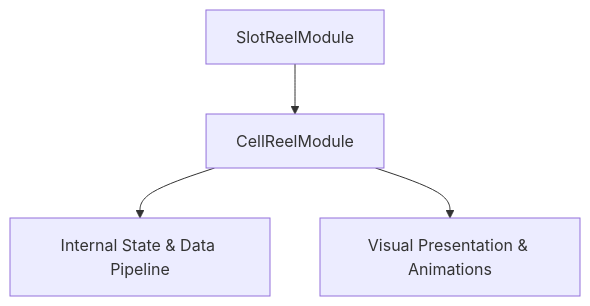
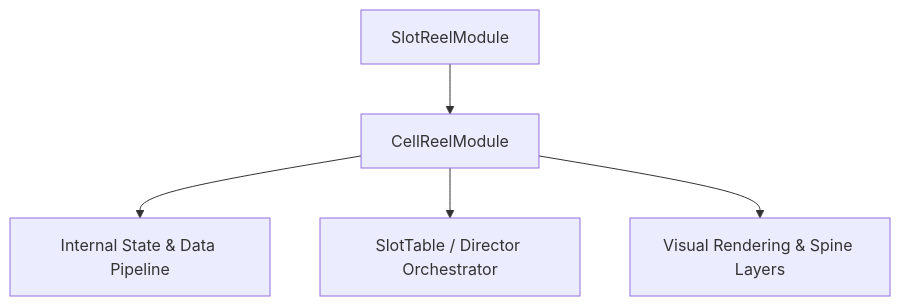
Before and after one commit to lam-ark/mcp-fwcc: the diagram in docs/cc_slot_mechanics/modules/CellReelModule/01_overview/01_architecture_and_role.md, drawn with Mermaid. The commit also changed other lines of this file and 2509 other files, not shown here.

````diff
--- a/docs/cc_slot_mechanics/modules/CellReelModule/01_overview/01_architecture_and_role.md
+++ b/docs/cc_slot_mechanics/modules/CellReelModule/01_overview/01_architecture_and_role.md
@@ -18,6 +24,7 @@
 ```mermaid
 graph TD
-    Parent[SlotReelModule] --> Mod[CellReelModule]
-    Mod --> State[Internal State & Data Pipeline]
-    Mod --> Render[Visual Presentation & Animations]
+    SuperClass[SlotReelModule] --> TargetClass[CellReelModule]
+    TargetClass --> DataPipeline[Internal State & Data Pipeline]
+    TargetClass --> Orchestrator[SlotTable / Director Orchestrator]
+    TargetClass --> ViewLayer[Visual Rendering & Spine Layers]
 ```
````
